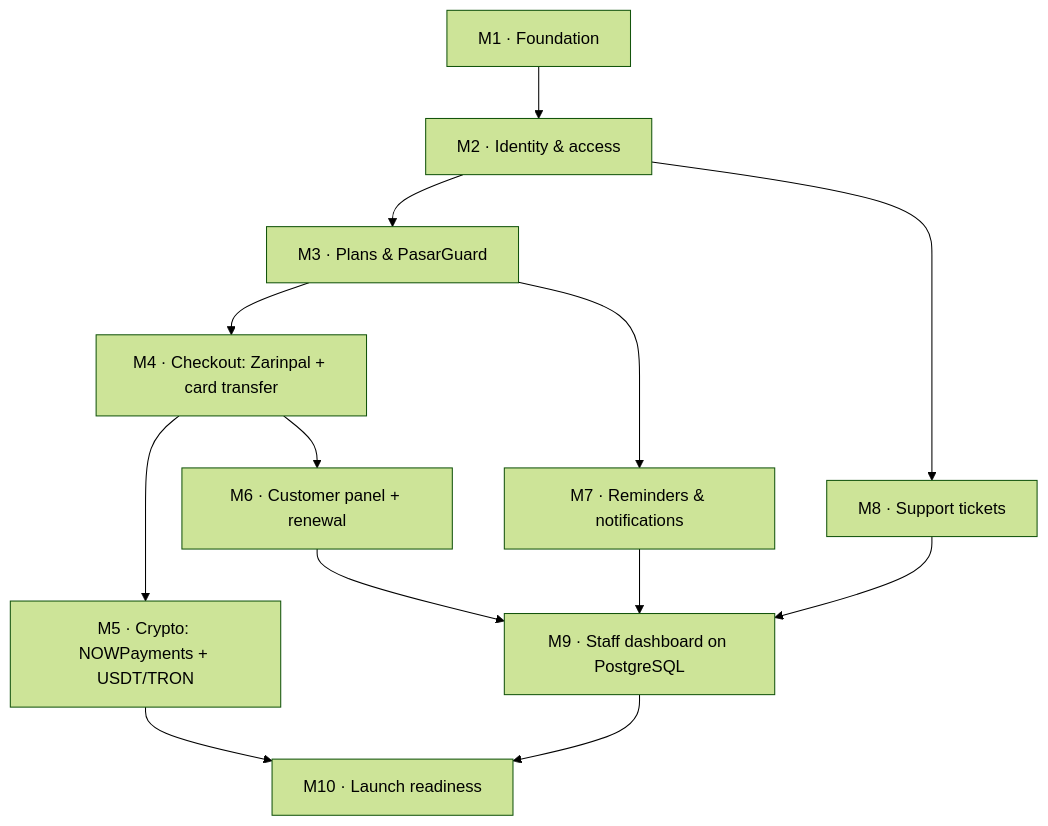
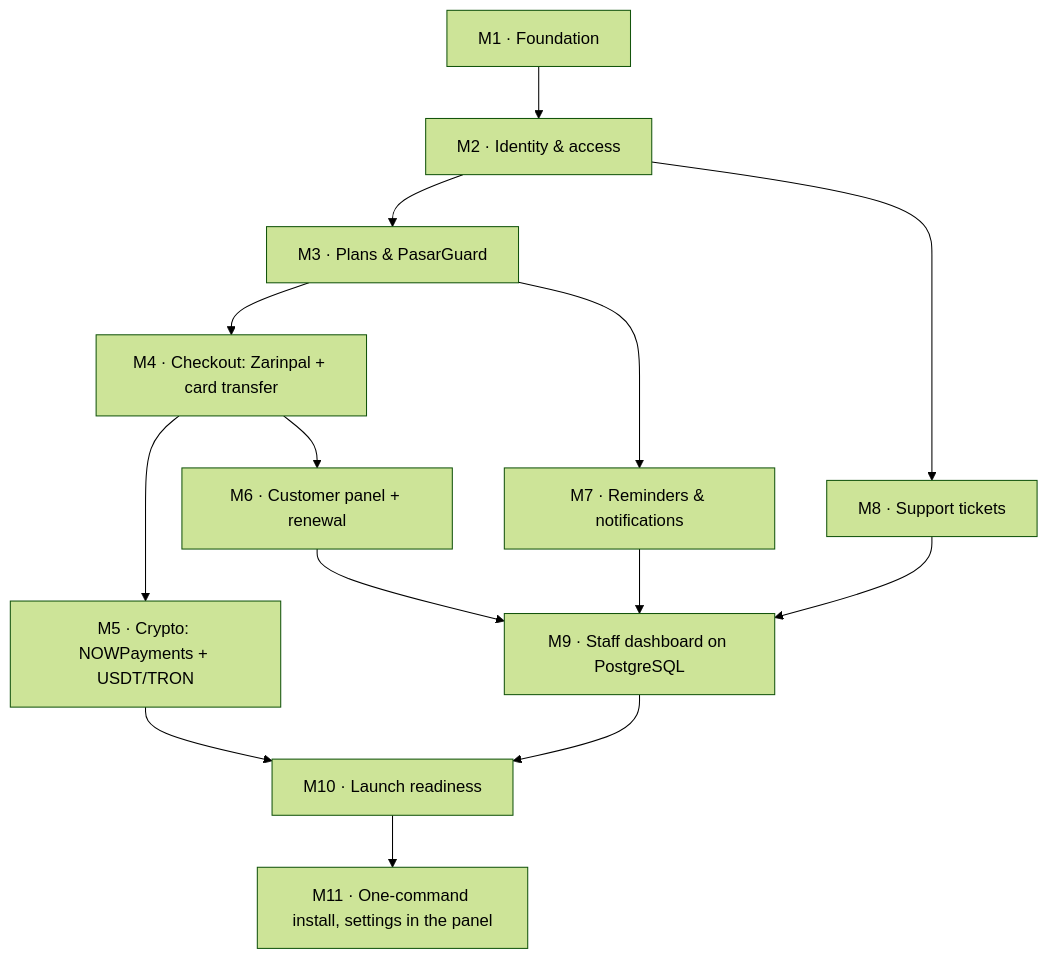
One commit to danialrahimian/shahkelid changed the diagram in docs/03-roadmap.md. Above: the diagram before and after it, drawn with Mermaid (forest theme). The commit also changed other lines of this file and 85 other files, not shown here.

````diff
--- a/docs/03-roadmap.md
+++ b/docs/03-roadmap.md
@@ -30,15 +30,16 @@
 ```mermaid
 flowchart TB
   M1["M1 · Foundation"] --> M2["M2 · Identity & access"]
   M2 --> M3["M3 · Plans & PasarGuard"]
   M3 --> M4["M4 · Checkout: Zarinpal + card transfer"]
   M4 --> M5["M5 · Crypto: NOWPayments + USDT/TRON"]
   M4 --> M6["M6 · Customer panel + renewal"]
   M3 --> M7["M7 · Reminders & notifications"]
   M2 --> M8["M8 · Support tickets"]
   M6 --> M9["M9 · Staff dashboard on PostgreSQL"]
   M7 --> M9
   M8 --> M9
   M5 --> M10["M10 · Launch readiness"]
   M9 --> M10
+  M10 --> M11["M11 · One-command install, settings in the panel"]
 ```
````
